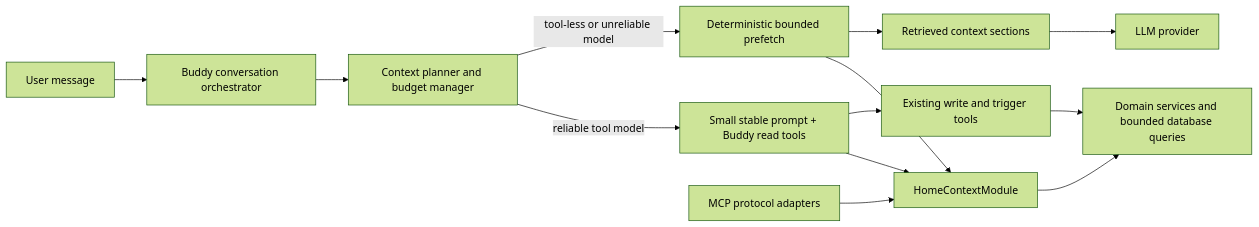
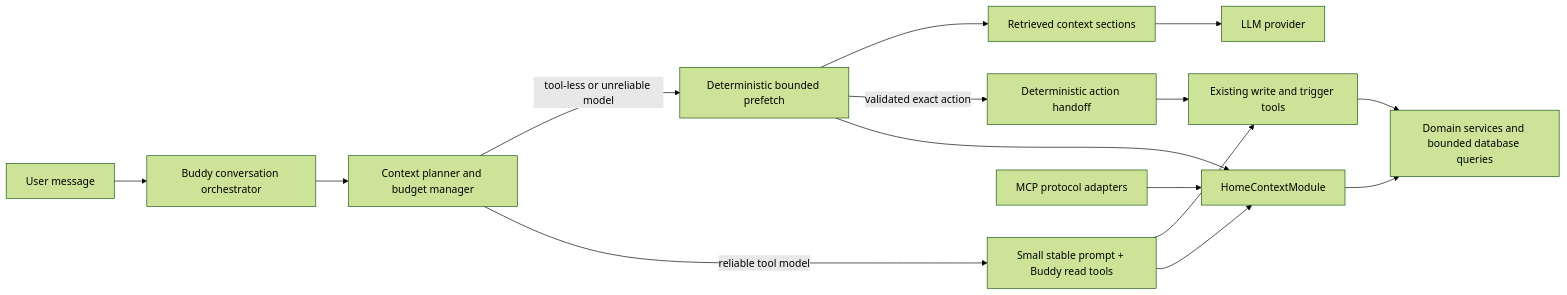
Before and after one commit to FastyBird/smart-panel: the first of 2 diagrams in tasks/plans/plan-buddy-adaptive-context.md, drawn with Mermaid (forest theme). The commit also changed other lines of this file, not shown here.

Commit message:
docs(tasks): add tool-less action handoff

````diff
--- a/tasks/plans/plan-buddy-adaptive-context.md
+++ b/tasks/plans/plan-buddy-adaptive-context.md
@@ -90,15 +90,17 @@
 ```mermaid
 flowchart LR
     U["User message"] --> O["Buddy conversation orchestrator"]
     O --> P["Context planner and budget manager"]
     P -->|"reliable tool model"| L["Small stable prompt + Buddy read tools"]
     P -->|"tool-less or unreliable model"| F["Deterministic bounded prefetch"]
     L --> Q["HomeContextModule"]
     F --> Q
     Q --> D["Domain services and bounded database queries"]
     L --> A["Existing write and trigger tools"]
+    F -->|"validated exact action"| H["Deterministic action handoff"]
+    H --> A
     F --> R["Retrieved context sections"]
     R --> LLM["LLM provider"]
     A --> D
     M["MCP protocol adapters"] --> Q
 ```
````
